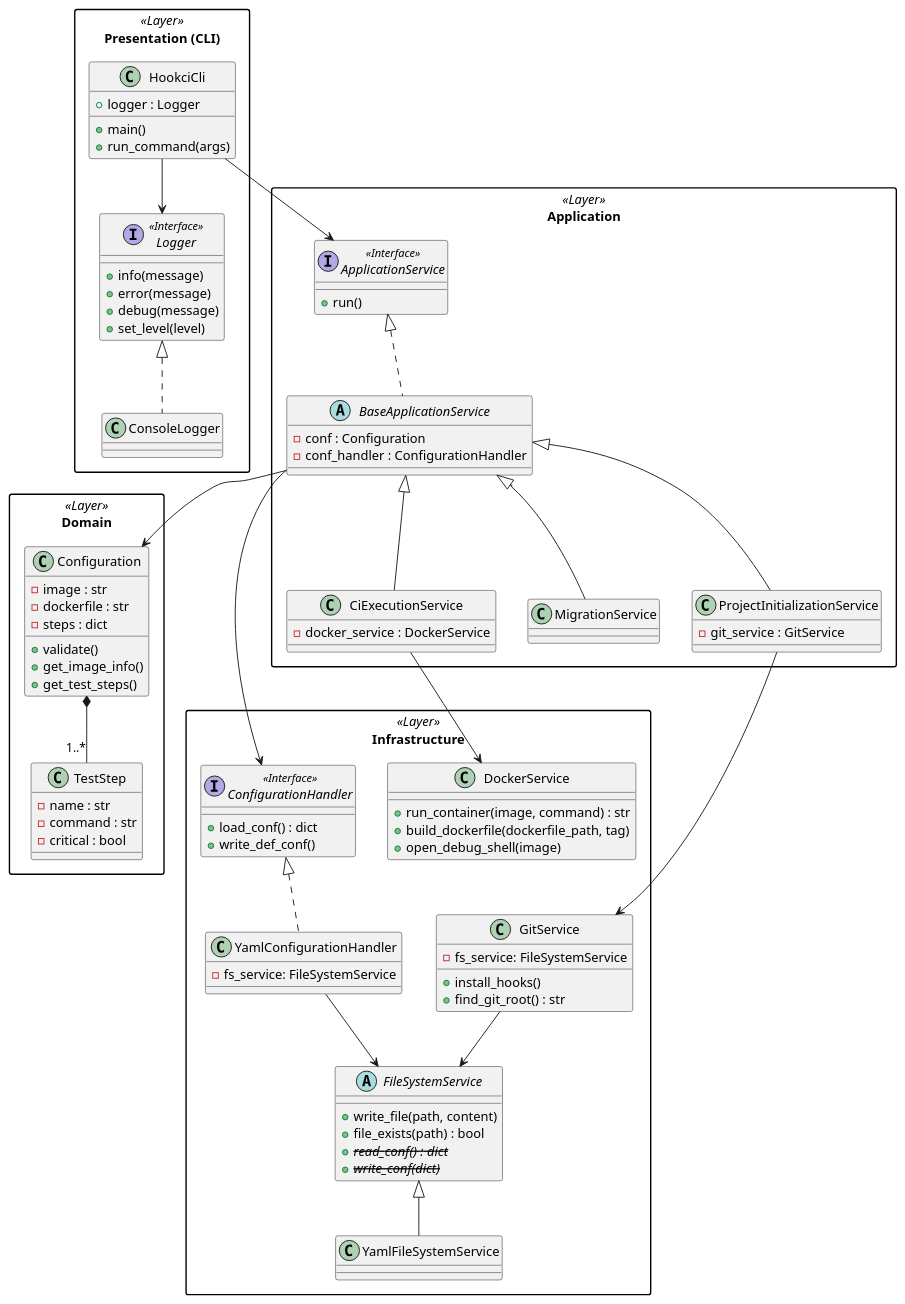
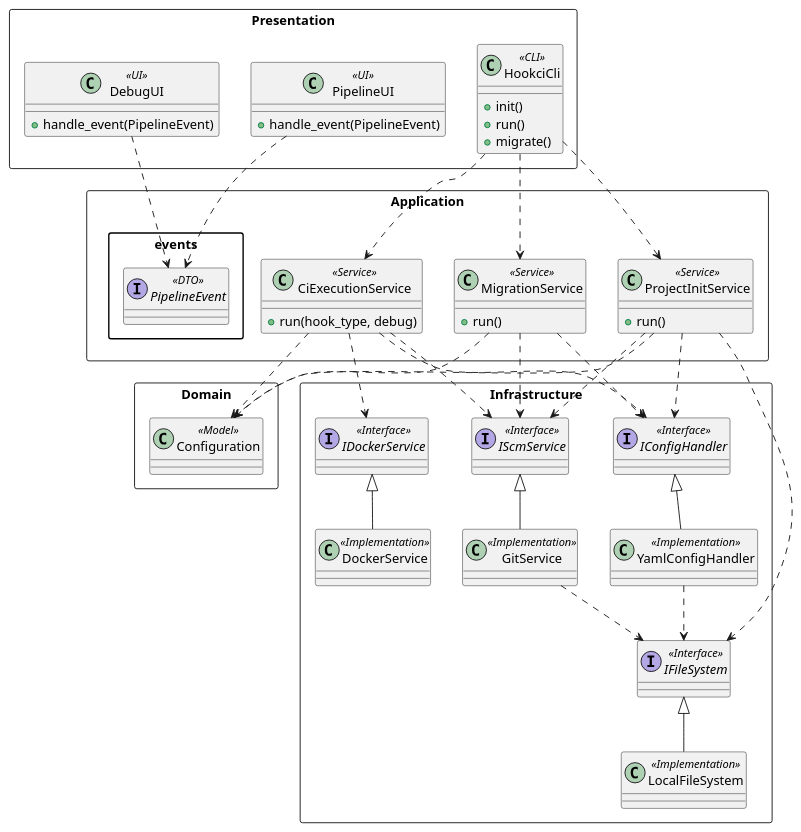
The diagram in Codigo/docs/classes.wsd (h3nc4/tmp), drawn with PlantUML before and after one commit. The commit also changed 2 other files, not shown here.

```diff
--- a/Codigo/docs/classes.wsd
+++ b/Codigo/docs/classes.wsd
@@ -1,104 +1,86 @@
 @startuml classes
 skinparam packageStyle rectangle
 
-package "Presentation (CLI)" <<Layer>> {
-    class HookciCli {
-        + logger : Logger
-        + main()
-        + run_command(args)
+package "Presentation" <<Rectangle>> {
+    class HookciCli <<CLI>> {
+        + init()
+        + run()
+        + migrate()
     }
-    interface Logger <<Interface>> {
-        + info(message)
-        + error(message)
-        + debug(message)
-        + set_level(level)
+
+    class PipelineUI <<UI>> {
+        + handle_event(PipelineEvent)
     }
-    class ConsoleLogger implements Logger {
+
+    class DebugUI <<UI>> {
+        + handle_event(PipelineEvent)
     }
 }
 
-package "Application" <<Layer>> {
-    interface ApplicationService <<Interface>> {
+package "Application" <<Rectangle>> {
+    class ProjectInitService <<Service>> {
         + run()
     }
 
-    abstract class BaseApplicationService implements ApplicationService {
-        - conf : Configuration
-        - conf_handler : ConfigurationHandler
+    class CiExecutionService <<Service>> {
+        + run(hook_type, debug)
     }
 
-    class CiExecutionService extends BaseApplicationService {
-        - docker_service : DockerService
+    class MigrationService <<Service>> {
+        + run()
     }
 
-    class MigrationService extends BaseApplicationService {
-    }
+    package "events" {
+        interface PipelineEvent <<DTO>>
 
-    class ProjectInitializationService extends BaseApplicationService {
-        - git_service : GitService
     }
 }
 
-package "Domain" <<Layer>> {
-    class Configuration {
-        - image : str
-        - dockerfile : str
-        - steps : dict
-        + validate()
-        + get_image_info()
-        + get_test_steps()
-    }
+package "Domain" <<Rectangle>> {
+    class Configuration <<Model>>
 
-    class TestStep {
-        - name : str
-        - command : str
-        - critical : bool
-    }
-
-    Configuration *-- "1..*" TestStep
 }
 
-package "Infrastructure" <<Layer>> {
+package "Infrastructure" <<Rectangle>> {
+    interface IFileSystem <<Interface>>
+    class LocalFileSystem <<Implementation>>
 
-    interface ConfigurationHandler <<Interface>> {
-        + load_conf() : dict
-        + write_def_conf()
-    }
+    interface IScmService <<Interface>>
+    class GitService <<Implementation>>
 
-    abstract class FileSystemService {
-        + write_file(path, content)
-        + file_exists(path) : bool
-        + //--read_conf() : dict--//
-        + //--write_conf(dict)--//
-    }
-    class YamlFileSystemService extends FileSystemService {
-    }
-    class GitService {
-        - fs_service: FileSystemService
-        + install_hooks()
-        + find_git_root() : str
-    }
-    class DockerService {
-        + run_container(image, command) : str
-        + build_dockerfile(dockerfile_path, tag)
-        + open_debug_shell(image)
-    }
+    interface IDockerService <<Interface>>
+    class DockerService <<Implementation>>
 
-    class YamlConfigurationHandler implements ConfigurationHandler {
-        - fs_service: FileSystemService
-    }
+    interface IConfigHandler <<Interface>>
+    class YamlConfigHandler <<Implementation>>
 
-    GitService --> FileSystemService
-    YamlConfigurationHandler --> FileSystemService
+    LocalFileSystem -up-|> IFileSystem
+    GitService -up-|> IScmService
+    DockerService -up-|> IDockerService
+    YamlConfigHandler -up-|> IConfigHandler
 }
 
-HookciCli --> ApplicationService
-HookciCli --> Logger
 
-BaseApplicationService --> ConfigurationHandler
-BaseApplicationService --> Configuration
+HookciCli .down.> ProjectInitService
+HookciCli .down.> CiExecutionService
+HookciCli .down.> MigrationService
+PipelineUI ..> PipelineEvent
+DebugUI ..> PipelineEvent
 
-CiExecutionService --> DockerService
+ProjectInitService ..> Configuration
+CiExecutionService ..> Configuration
+MigrationService ..> Configuration
 
-ProjectInitializationService --> GitService
+ProjectInitService ..> IScmService
+ProjectInitService ..> IFileSystem
+ProjectInitService ..> IConfigHandler
+CiExecutionService ..> IScmService
+CiExecutionService ..> IConfigHandler
+CiExecutionService ..> IDockerService
+MigrationService ..> IScmService
+MigrationService ..> IConfigHandler
+
+GitService ..> IFileSystem
+YamlConfigHandler ..> IFileSystem
+
 @enduml
```
